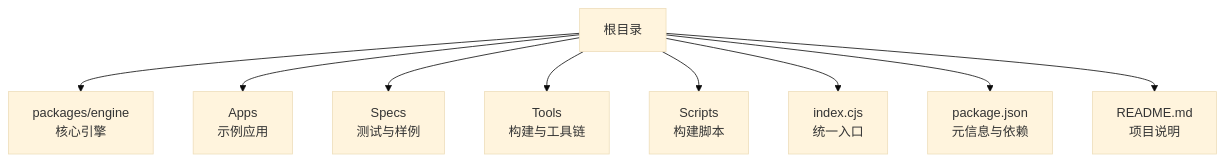
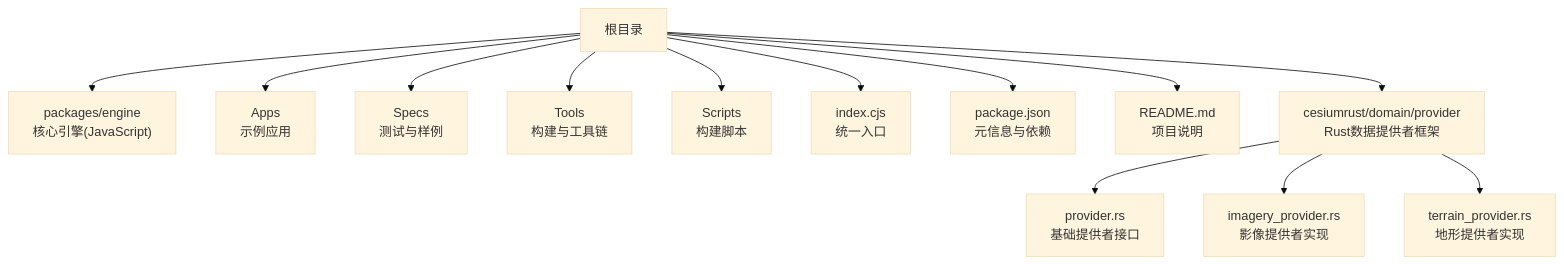
Before and after one commit to rzhangjing/cesium: the first of 6 diagrams in .qoder/repowiki/zh/content/数据提供者/数据提供者架构.md, drawn with Mermaid (base theme). The commit also changed other lines of this file and 74 other files, not shown here.

````diff
--- a/.qoder/repowiki/zh/content/数据提供者/数据提供者架构.md
+++ b/.qoder/repowiki/zh/content/数据提供者/数据提供者架构.md
@@ -31,11 +45,15 @@
 ```mermaid
 graph TB
-A["根目录"] --> B["packages/engine<br/>核心引擎"]
+A["根目录"] --> B["packages/engine<br/>核心引擎(JavaScript)"]
 A --> C["Apps<br/>示例应用"]
 A --> D["Specs<br/>测试与样例"]
 A --> E["Tools<br/>构建与工具链"]
 A --> F["Scripts<br/>构建脚本"]
 A --> G["index.cjs<br/>统一入口"]
 A --> H["package.json<br/>元信息与依赖"]
 A --> I["README.md<br/>项目说明"]
+A --> J["cesiumrust/domain/provider<br/>Rust数据提供者框架"]
+J --> K["provider.rs<br/>基础提供者接口"]
+J --> L["imagery_provider.rs<br/>影像提供者实现"]
+J --> M["terrain_provider.rs<br/>地形提供者实现"]
 ```
````
